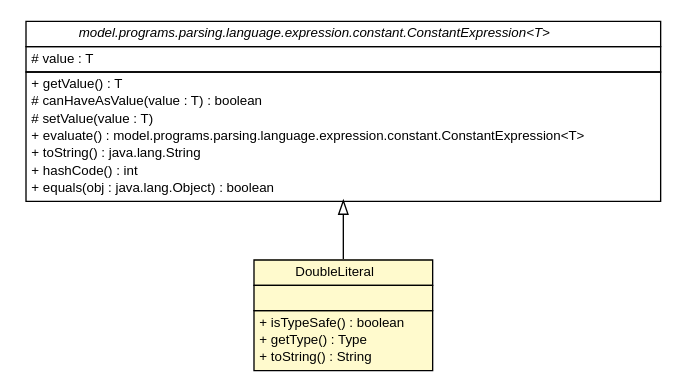
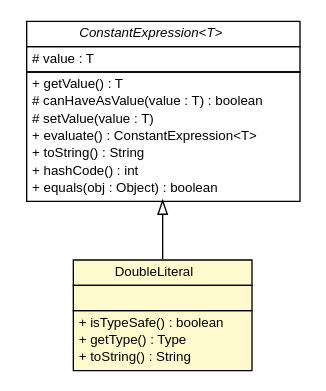
One commit to sinopeus/asteroids changed the diagram in doc/model/programs/parsing/language/expression/constant/literal/DoubleLiteral.dot. Above: the diagram before and after it, drawn with Graphviz. The commit also changed 412 other files, not shown here.

Commit message:
Some more UML shit.

```diff
--- a/doc/model/programs/parsing/language/expression/constant/literal/DoubleLiteral.dot
+++ b/doc/model/programs/parsing/language/expression/constant/literal/DoubleLiteral.dot
@@ -1,46 +1,46 @@
 #!/usr/local/bin/dot
 #
 # Class diagram 
 # Generated by UMLGraph version R5_6 (http://www.umlgraph.org/)
 #
 
 digraph G {
 	edge [fontname="Helvetica",fontsize=10,labelfontname="Helvetica",labelfontsize=10];
 	node [fontname="Helvetica",fontsize=10,shape=plaintext];
 	nodesep=0.25;
 	ranksep=0.5;
 	// model.programs.parsing.language.expression.constant.ConstantExpression<T>
 	c7590 [label=<<table title="model.programs.parsing.language.expression.constant.ConstantExpression" border="0" cellborder="1" cellspacing="0" cellpadding="2" port="p" href="../ConstantExpression.html">
 		<tr><td><table border="0" cellspacing="0" cellpadding="1">
-<tr><td align="center" balign="center"><font face="Helvetica-Oblique"> model.programs.parsing.language.expression.constant.ConstantExpression&lt;T&gt; </font></td></tr>
+<tr><td align="center" balign="center"><font face="Helvetica-Oblique"> ConstantExpression&lt;T&gt; </font></td></tr>
 		</table></td></tr>
 		<tr><td><table border="0" cellspacing="0" cellpadding="1">
 <tr><td align="left" balign="left"> # value : T </td></tr>
 		</table></td></tr>
 		<tr><td><table border="0" cellspacing="0" cellpadding="1">
 <tr><td align="left" balign="left"> + getValue() : T </td></tr>
 <tr><td align="left" balign="left"> # canHaveAsValue(value : T) : boolean </td></tr>
 <tr><td align="left" balign="left"> # setValue(value : T) </td></tr>
-<tr><td align="left" balign="left"> + evaluate() : model.programs.parsing.language.expression.constant.ConstantExpression&lt;T&gt; </td></tr>
-<tr><td align="left" balign="left"> + toString() : java.lang.String </td></tr>
+<tr><td align="left" balign="left"> + evaluate() : ConstantExpression&lt;T&gt; </td></tr>
+<tr><td align="left" balign="left"> + toString() : String </td></tr>
 <tr><td align="left" balign="left"> + hashCode() : int </td></tr>
-<tr><td align="left" balign="left"> + equals(obj : java.lang.Object) : boolean </td></tr>
+<tr><td align="left" balign="left"> + equals(obj : Object) : boolean </td></tr>
 		</table></td></tr>
 		</table>>, URL="../ConstantExpression.html", fontname="Helvetica", fontcolor="black", fontsize=10.0];
 	// model.programs.parsing.language.expression.constant.literal.DoubleLiteral
 	c7597 [label=<<table title="model.programs.parsing.language.expression.constant.literal.DoubleLiteral" border="0" cellborder="1" cellspacing="0" cellpadding="2" port="p" bgcolor="lemonChiffon" href="./DoubleLiteral.html">
 		<tr><td><table border="0" cellspacing="0" cellpadding="1">
 <tr><td align="center" balign="center"> DoubleLiteral </td></tr>
 		</table></td></tr>
 		<tr><td><table border="0" cellspacing="0" cellpadding="1">
 <tr><td align="left" balign="left">  </td></tr>
 		</table></td></tr>
 		<tr><td><table border="0" cellspacing="0" cellpadding="1">
 <tr><td align="left" balign="left"> + isTypeSafe() : boolean </td></tr>
 <tr><td align="left" balign="left"> + getType() : Type </td></tr>
 <tr><td align="left" balign="left"> + toString() : String </td></tr>
 		</table></td></tr>
 		</table>>, URL="./DoubleLiteral.html", fontname="Helvetica", fontcolor="black", fontsize=10.0];
 	//model.programs.parsing.language.expression.constant.literal.DoubleLiteral extends model.programs.parsing.language.expression.constant.ConstantExpression<java.lang.Double>
 	c7590:p -> c7597:p [dir=back,arrowtail=empty];
 }
```
